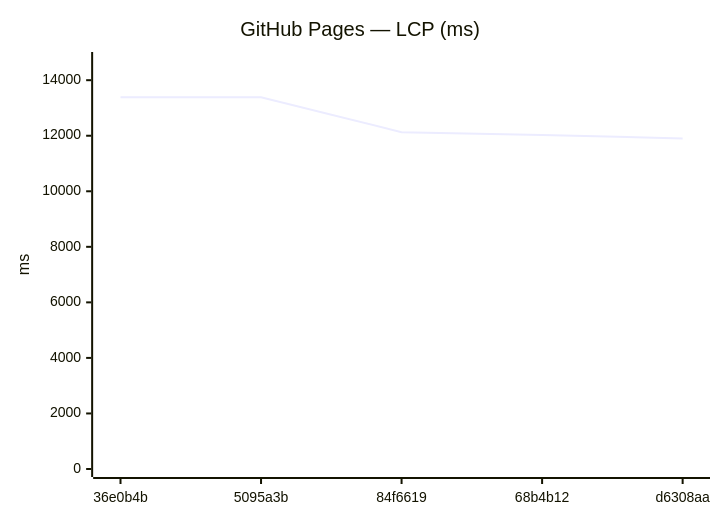
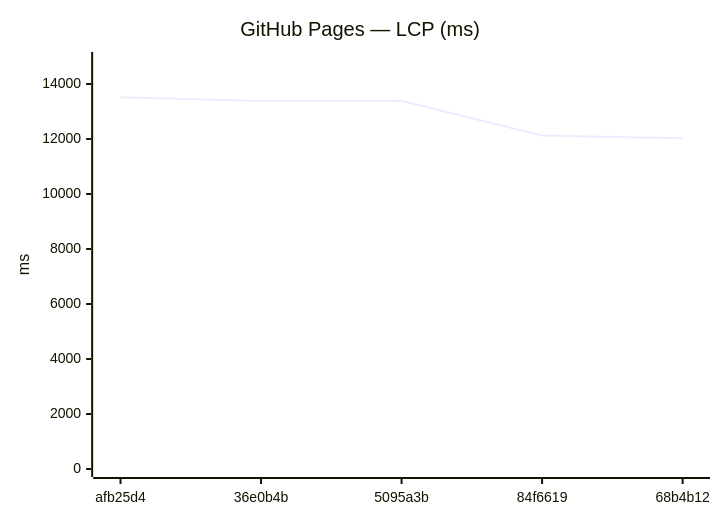
Before and after one commit to Metaheurist/Rianell: the ninth of 18 diagrams in benchmarks/compare.md, drawn with Mermaid. The commit also changed other lines of this file and 11 other files, not shown here.

````diff
--- a/benchmarks/compare.md
+++ b/benchmarks/compare.md
@@ -142,7 +142,7 @@
 ```mermaid
 xychart-beta
     title "GitHub Pages — LCP (ms)"
-    x-axis ["36e0b4b", "5095a3b", "84f6619", "68b4b12", "d6308aa"]
-    y-axis "ms" 0 --> 14727
-    line [13383, 13388, 12127, 12028, 11904]
+    x-axis ["afb25d4", "36e0b4b", "5095a3b", "84f6619", "68b4b12"]
+    y-axis "ms" 0 --> 14874
+    line [13521, 13383, 13388, 12127, 12028]
 ```
````
